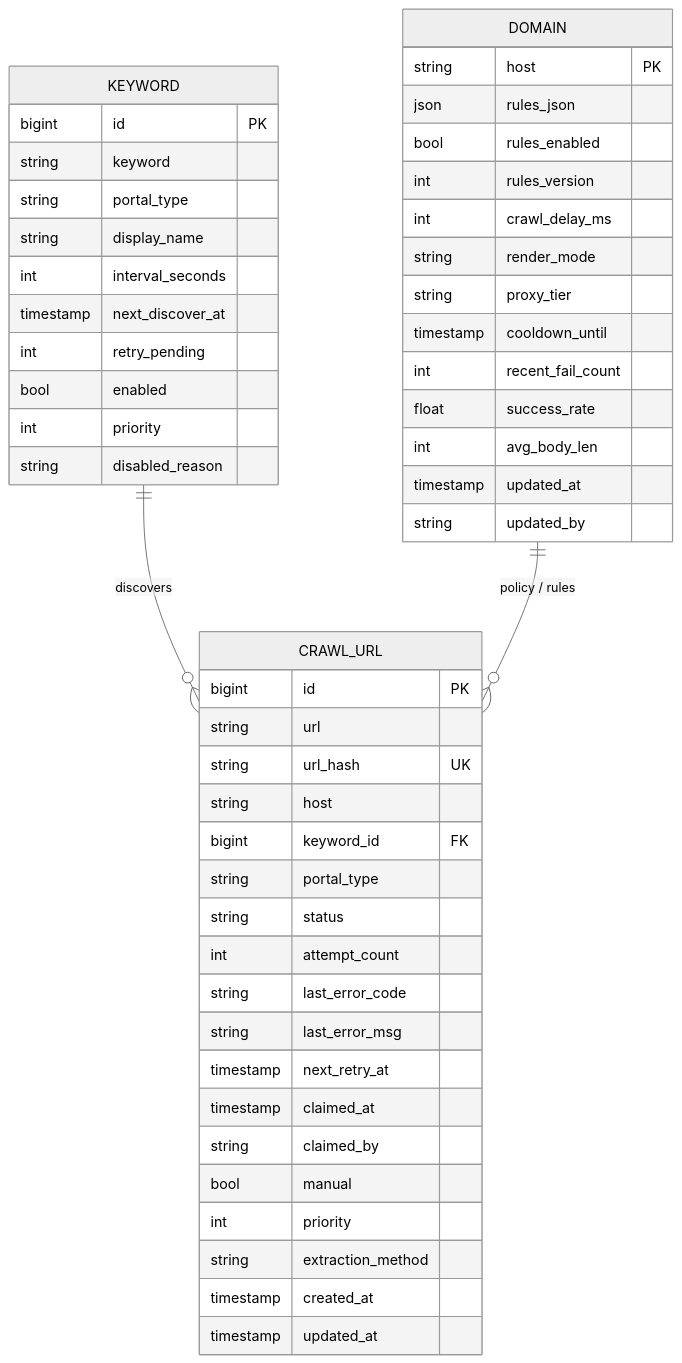
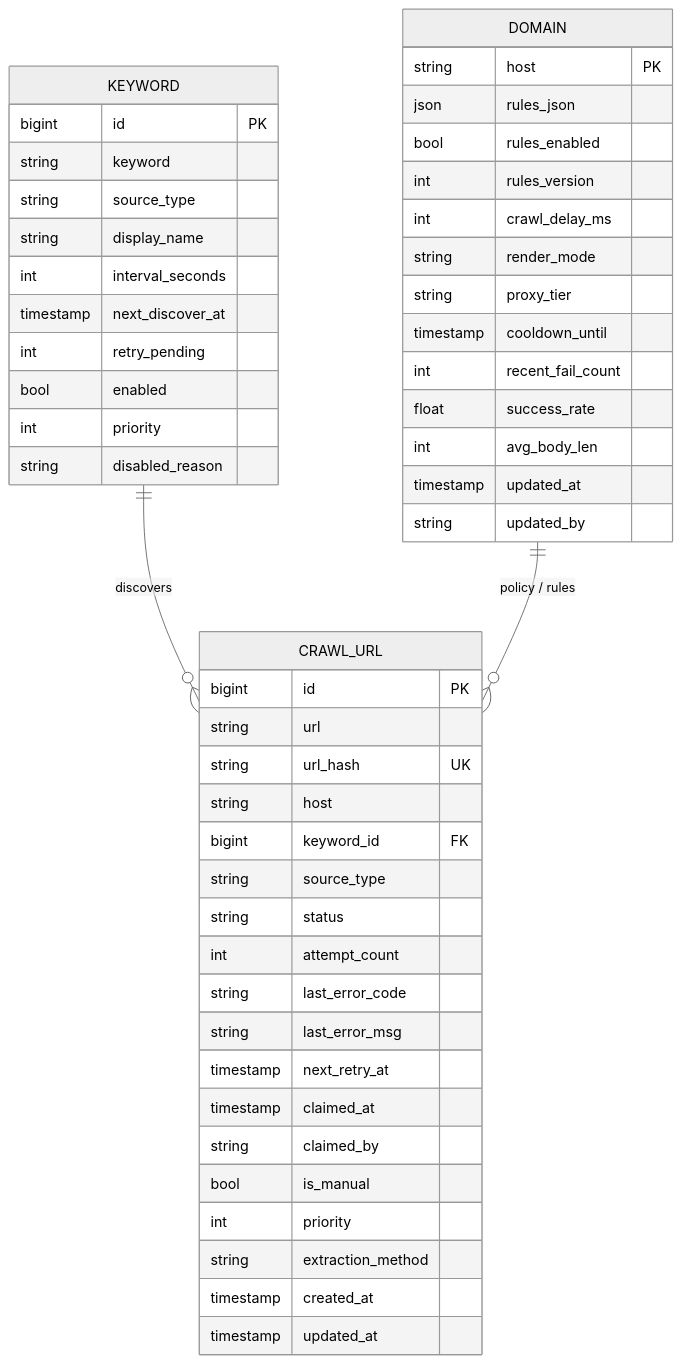
Before and after one commit to JHS-on-Lab/discovery-worker: the second of 3 diagrams in docs/keyword-crawler-design.md, drawn with Mermaid (neutral theme). The commit also changed other lines of this file, not shown here.

Commit message:
docs: update design doc to reflect current schema and project structure
- ERD: portal_type → source_type, manual → is_manual
- 모듈 구조: admin/ 제거, crawler-admin 별도 프로젝트 명시
- 개발 가이드 11단계: crawler-admin 언급 추가

````diff
--- a/docs/keyword-crawler-design.md
+++ b/docs/keyword-crawler-design.md
@@ -133,52 +133,52 @@
 ```mermaid
 erDiagram
   KEYWORD ||--o{ CRAWL_URL : discovers
   DOMAIN  ||--o{ CRAWL_URL : "policy / rules"
   KEYWORD {
     bigint id PK
     string keyword
-    string portal_type
+    string source_type
     string display_name
     int interval_seconds
     timestamp next_discover_at
     int retry_pending
     bool enabled
     int priority
     string disabled_reason
   }
   CRAWL_URL {
     bigint id PK
     string url
     string url_hash UK
     string host
     bigint keyword_id FK
-    string portal_type
+    string source_type
     string status
     int attempt_count
     string last_error_code
     string last_error_msg
     timestamp next_retry_at
     timestamp claimed_at
     string claimed_by
-    bool manual
+    bool is_manual
     int priority
     string extraction_method
     timestamp created_at
     timestamp updated_at
   }
   DOMAIN {
     string host PK
     json rules_json
     bool rules_enabled
     int rules_version
     int crawl_delay_ms
     string render_mode
     string proxy_tier
     timestamp cooldown_until
     int recent_fail_count
     float success_rate
     int avg_body_len
     timestamp updated_at
     string updated_by
   }
 ```
````
